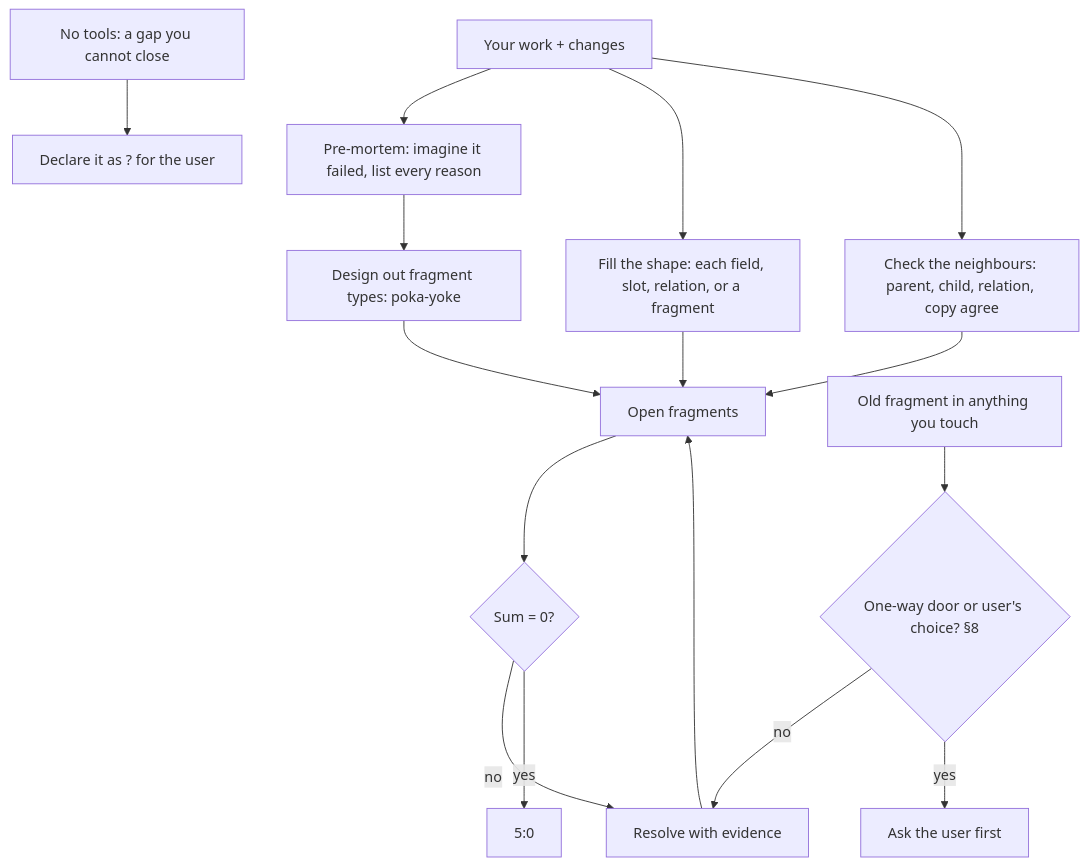
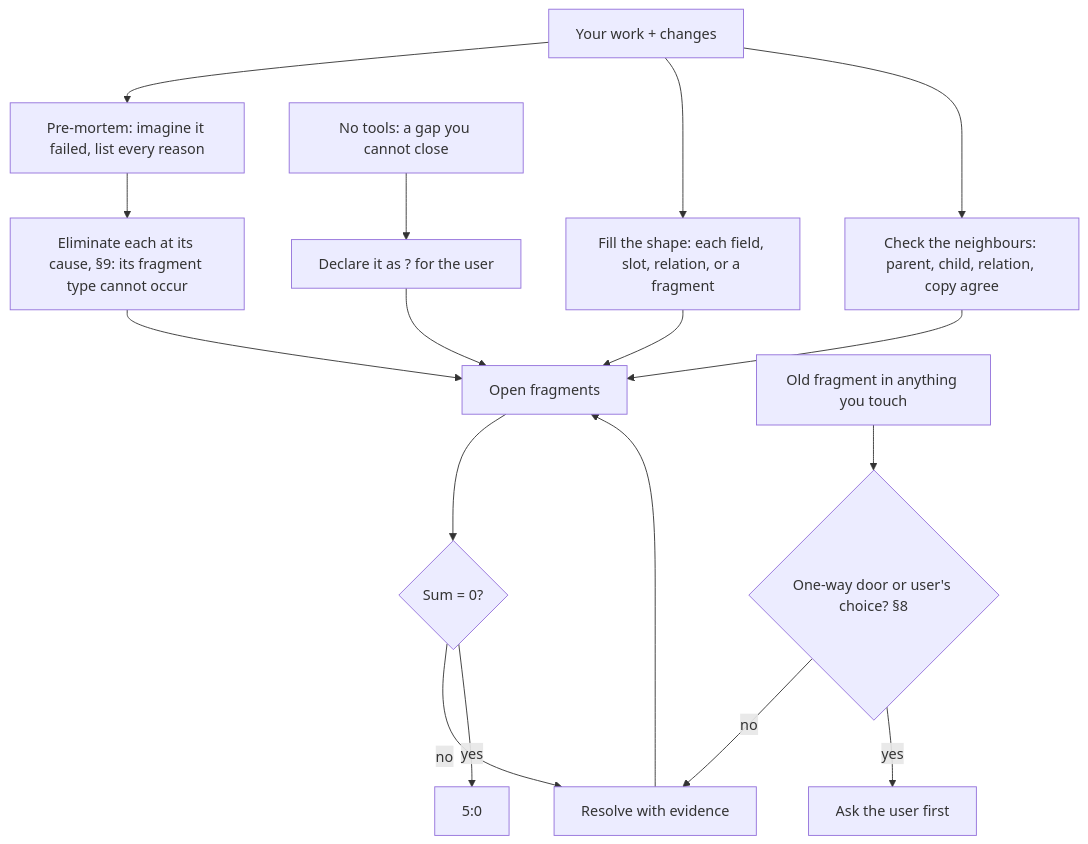
One commit to SolenixAI/arbiter changed the second of 14 diagrams in AGENTS.md. Above: the diagram before and after it, drawn with Mermaid. The commit also changed other lines of this file, not shown here.

First line of the commit message:
docs(agents): section 1: scope is what you edit or rely on; eliminate each failure at its cause (#27)

````diff
--- a/AGENTS.md
+++ b/AGENTS.md
@@ -81,12 +84,12 @@
 ```mermaid
 flowchart TD
-  W[Your work + changes] --> PM[Pre-mortem: imagine it failed, list every reason] --> P[Design out fragment types: poka-yoke] --> L[Open fragments] --> C{Sum = 0?}
+  W[Your work + changes] --> PM[Pre-mortem: imagine it failed, list every reason] --> P[Eliminate each at its cause, §9: its fragment type cannot occur] --> L[Open fragments] --> C{Sum = 0?}
   C -->|no| F[Resolve with evidence] --> L
   W --> SH[Fill the shape: each field, slot, relation, or a fragment] --> L
   W --> NB[Check the neighbours: parent, child, relation, copy agree] --> L
   C -->|yes| D[5:0]
   O[Old fragment in anything you touch] --> OW{One-way door or user's choice? §8}
   OW -->|no| F
   OW -->|yes| UA[Ask the user first]
-  NT[No tools: a gap you cannot close] --> X["Declare it as ? for the user"]
+  NT[No tools: a gap you cannot close] --> X["Declare it as ? for the user"] --> L
 ```
````
